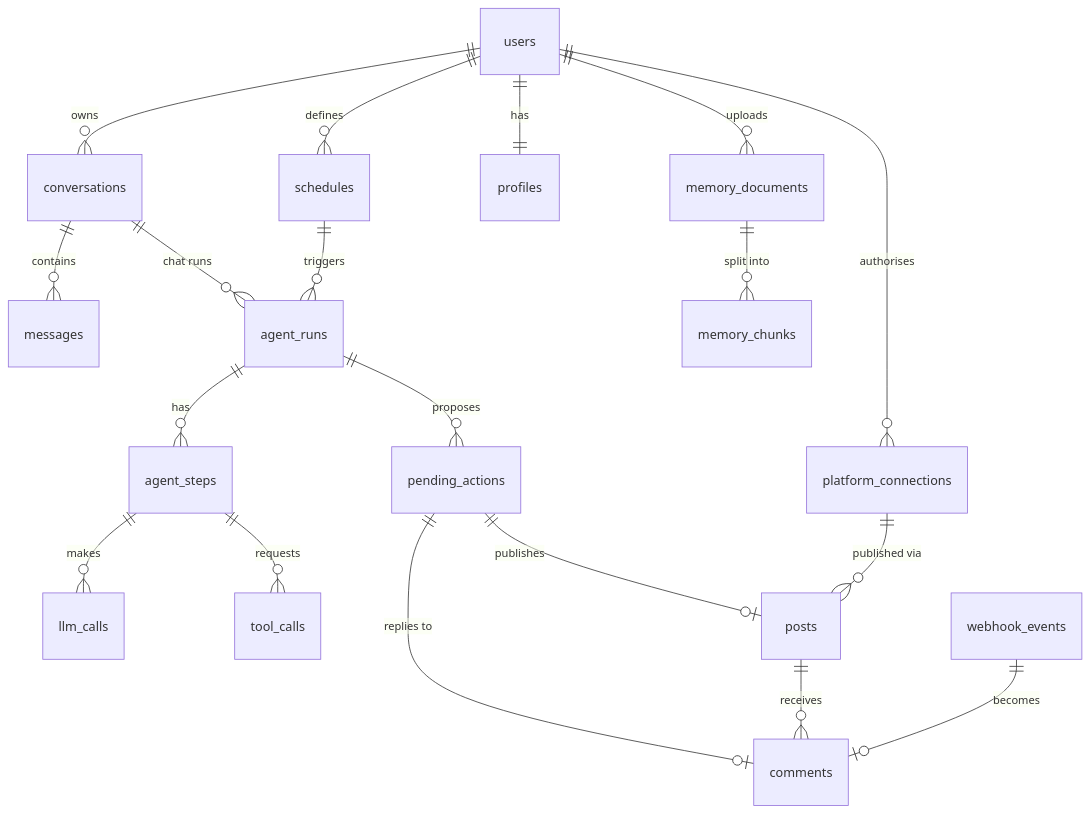
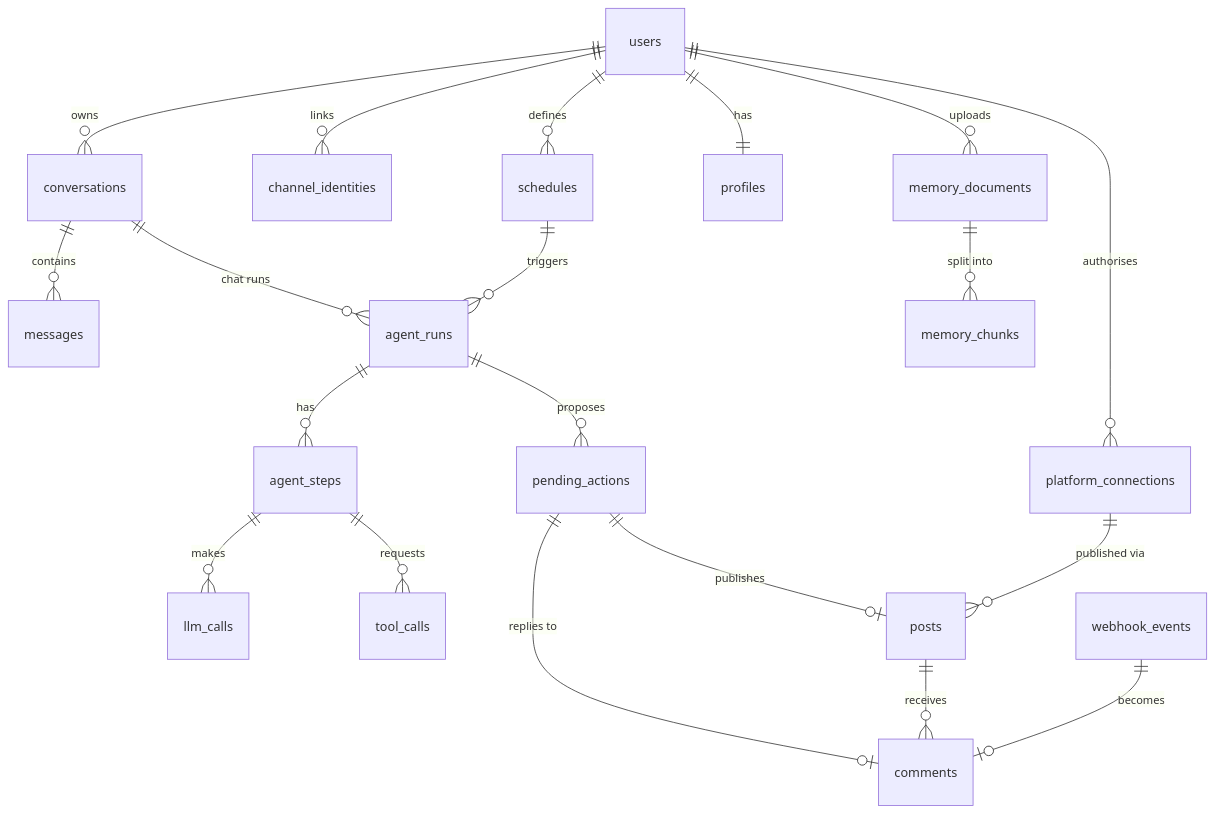
The diagram in docs/architecture/data-model.md (gmnhussain/khadim), drawn with Mermaid before and after one commit. The commit also changed other lines of this file and 7 other files, not shown here.

````diff
--- a/docs/architecture/data-model.md
+++ b/docs/architecture/data-model.md
@@ -17,21 +17,22 @@
 ```mermaid
 erDiagram
   users ||--o{ conversations : owns
+  users ||--o{ channel_identities : links
   conversations ||--o{ messages : contains
   conversations ||--o{ agent_runs : "chat runs"
   agent_runs ||--o{ agent_steps : has
   agent_steps ||--o{ llm_calls : makes
   agent_steps ||--o{ tool_calls : requests
   agent_runs ||--o{ pending_actions : proposes
   pending_actions ||--o| posts : "publishes"
   pending_actions ||--o| comments : "replies to"
   users ||--o{ platform_connections : authorises
   platform_connections ||--o{ posts : "published via"
   posts ||--o{ comments : receives
   users ||--o{ schedules : defines
   schedules ||--o{ agent_runs : triggers
   users ||--|| profiles : has
   users ||--o{ memory_documents : uploads
   memory_documents ||--o{ memory_chunks : "split into"
   webhook_events ||--o| comments : "becomes"
 ```
````
